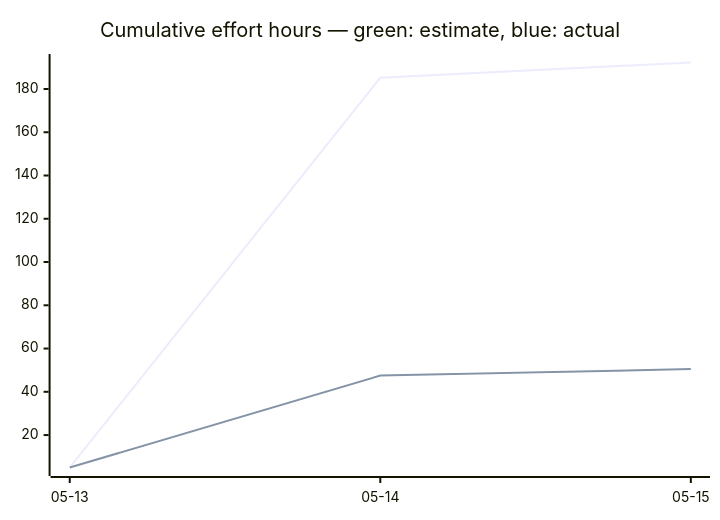
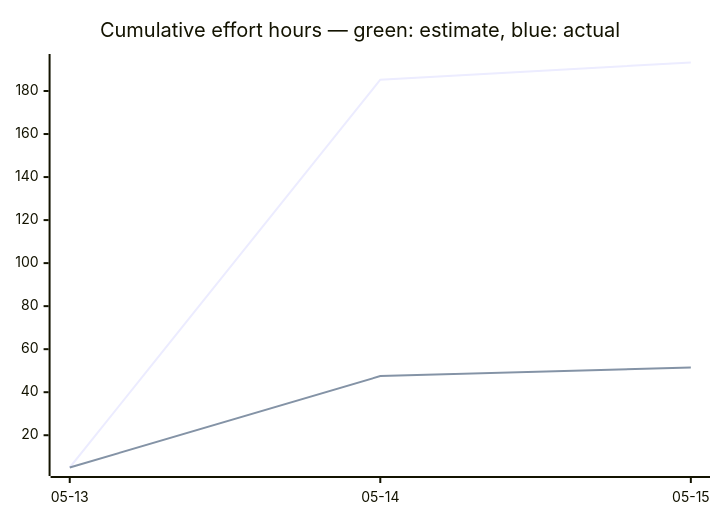
The third of 3 diagrams in docs/developers/tasks/OVERVIEW.md (tgd1975/CircuitSmith), drawn with Mermaid before and after one commit. The commit also changed other lines of this file and 4 other files, not shown here.

````diff
--- a/docs/developers/tasks/OVERVIEW.md
+++ b/docs/developers/tasks/OVERVIEW.md
@@ -39,7 +39,7 @@
 ```mermaid
 xychart-beta
     title "Cumulative effort hours — green: estimate, blue: actual"
     x-axis ["05-13", "05-14", "05-15"]
-    line [5, 185.25, 192.25]
-    line [5, 47.5, 50.5]
+    line [5, 185.25, 193.25]
+    line [5, 47.5, 51.5]
 ```
````
